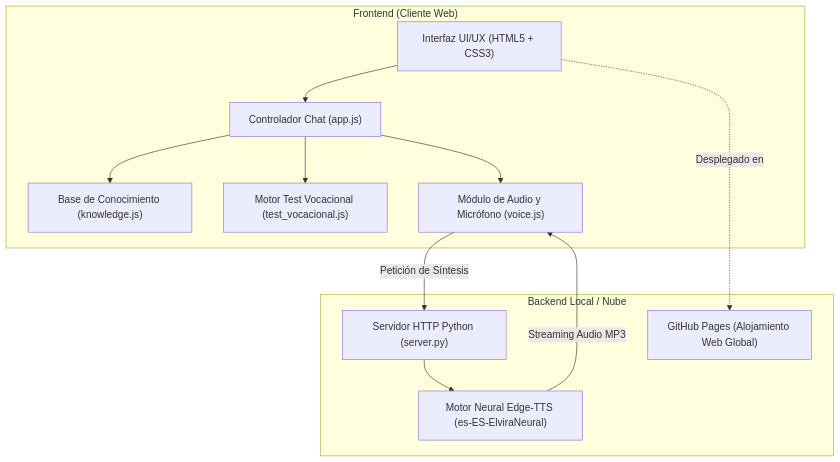
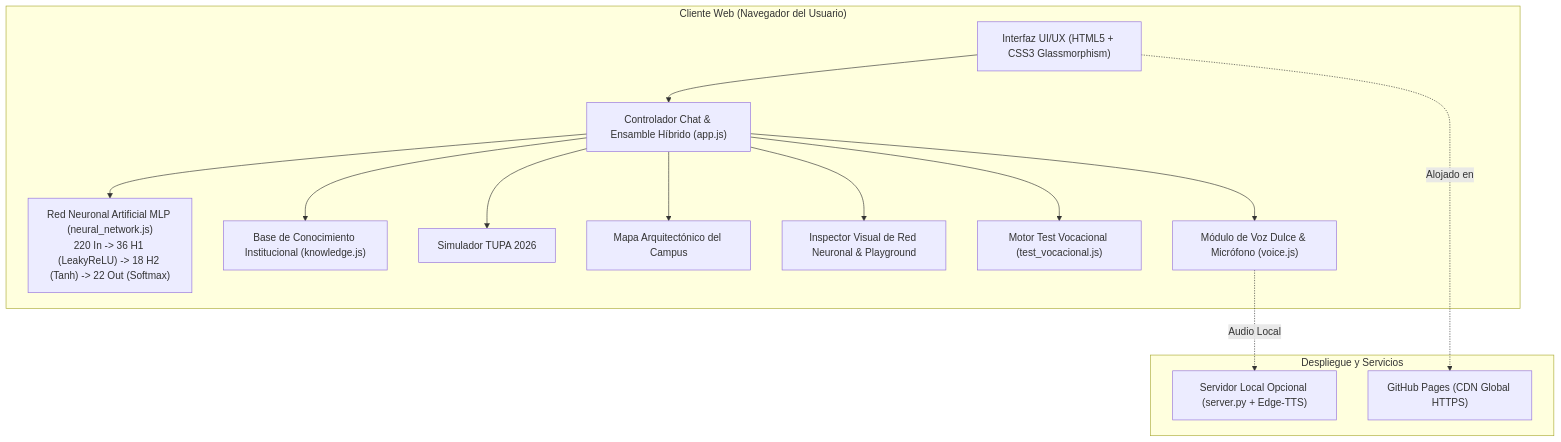
One commit to GMPH2007/HercarBOT changed the diagram in INFORME_TECNICO_HERCARBOT.md. Above: the diagram before and after it, drawn with Mermaid. The commit also changed other lines of this file, not shown here.

Commit message:
v5.0: Red Neuronal Multicapa (MLP) APSTI, Inspector en vivo, Simulador TUPA 2026, Mapa del campus y documentacion (INFORME_TECNICO_HERCARBOT.md)

````diff
--- a/INFORME_TECNICO_HERCARBOT.md
+++ b/INFORME_TECNICO_HERCARBOT.md
@@ -42,25 +50,30 @@
 ```mermaid
 flowchart TD
-    subgraph Cliente ["Frontend (Cliente Web)"]
-        UI["Interfaz UI/UX (HTML5 + CSS3)"]
-        APP["Controlador Chat (app.js)"]
+    subgraph Cliente ["Cliente Web (Navegador del Usuario)"]
+        UI["Interfaz UI/UX (HTML5 + CSS3 Glassmorphism)"]
+        NN["Red Neuronal Artificial MLP (neural_network.js)\n220 In -> 36 H1 (LeakyReLU) -> 18 H2 (Tanh) -> 22 Out (Softmax)"]
+        APP["Controlador Chat & Ensamble Híbrido (app.js)"]
+        SIM["Simulador TUPA 2026"]
+        MAP["Mapa Arquitectónico del Campus"]
+        INS["Inspector Visual de Red Neuronal & Playground"]
         VOC["Motor Test Vocacional (test_vocacional.js)"]
-        KB["Base de Conocimiento (knowledge.js)"]
-        VOICE["Módulo de Audio y Micrófono (voice.js)"]
+        KB["Base de Conocimiento Institucional (knowledge.js)"]
+        VOICE["Módulo de Voz Dulce & Micrófono (voice.js)"]
     end
 
-    subgraph Servidor ["Backend Local / Nube"]
-        PY["Servidor HTTP Python (server.py)"]
-        TTS["Motor Neural Edge-TTS (es-ES-ElviraNeural)"]
-        GH["GitHub Pages (Alojamiento Web Global)"]
+    subgraph Nube ["Despliegue y Servicios"]
+        GH["GitHub Pages (CDN Global HTTPS)"]
+        PY["Servidor Local Opcional (server.py + Edge-TTS)"]
     end
 
     UI --> APP
+    APP --> NN
     APP --> KB
+    APP --> SIM
+    APP --> MAP
+    APP --> INS
     APP --> VOC
     APP --> VOICE
-    VOICE -->|Petición de Síntesis| PY
-    PY --> TTS
-    TTS -->|Streaming Audio MP3| VOICE
-    UI -.->|Desplegado en| GH
+    VOICE -.->|Audio Local| PY
+    UI -.->|Alojado en| GH
 ```
````
